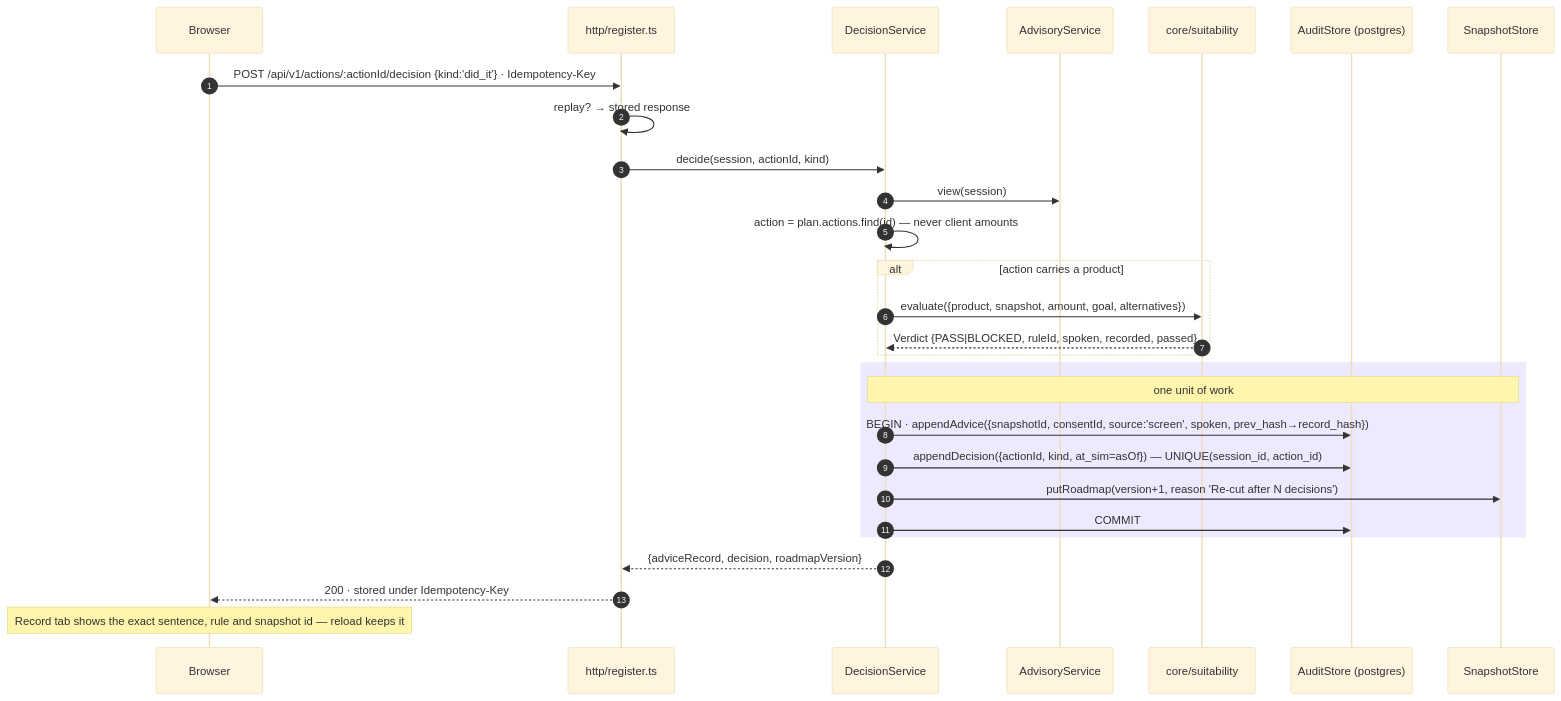
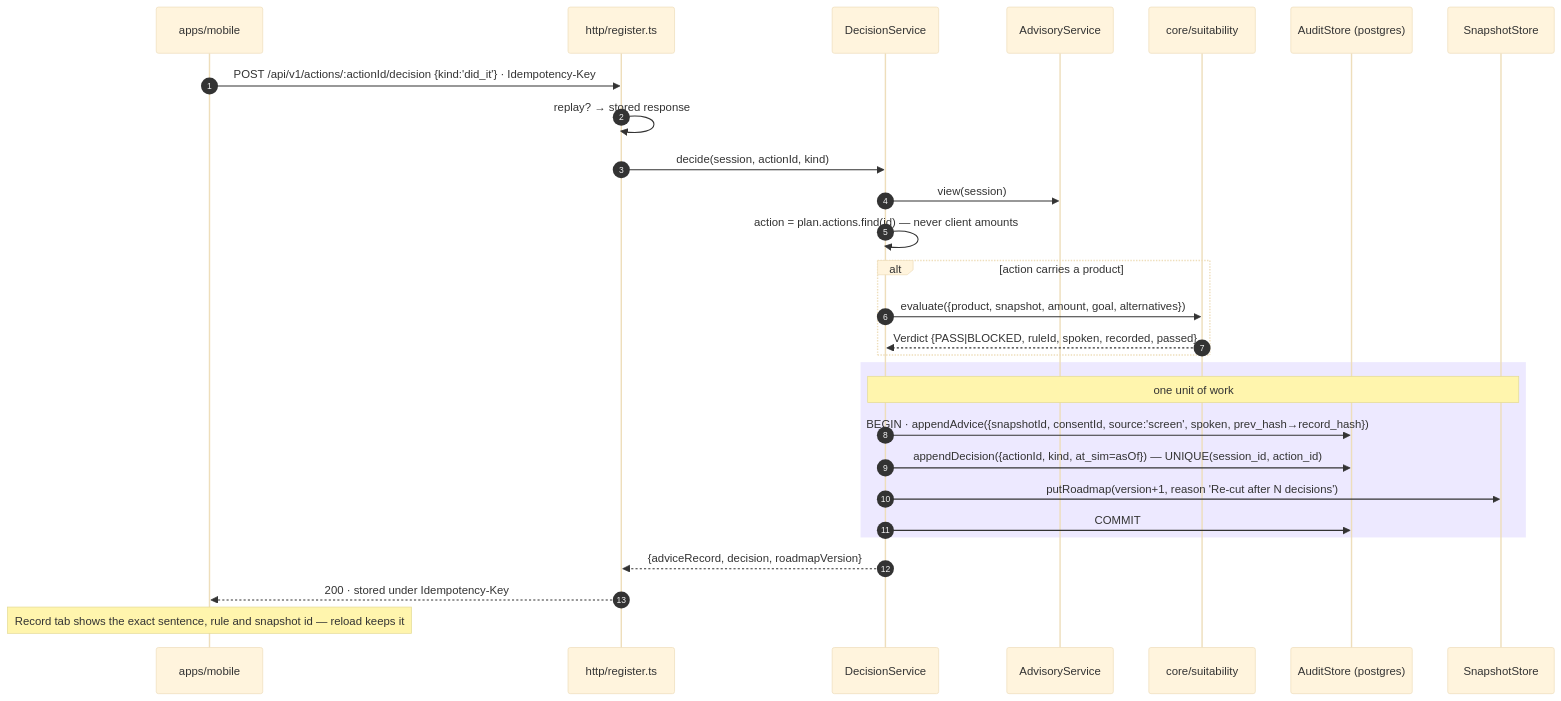
Before and after one commit to dhan-sarthi/dhan-sarthi: the third of 6 diagrams in docs/architecture/lifecycles.md, drawn with Mermaid (base theme). The commit also changed other lines of this file and 45 other files, not shown here.

````diff
--- a/docs/architecture/lifecycles.md
+++ b/docs/architecture/lifecycles.md
@@ -72,30 +88,30 @@
 ```mermaid
 sequenceDiagram
     autonumber
-    participant B as Browser
+    participant B as apps/mobile
     participant H as http/register.ts
     participant D as DecisionService
     participant A as AdvisoryService
     participant K as core/suitability
     participant AU as AuditStore (postgres)
     participant SS as SnapshotStore
     B->>H: POST /api/v1/actions/:actionId/decision {kind:'did_it'} · Idempotency-Key
     H->>H: replay? → stored response
     H->>D: decide(session, actionId, kind)
     D->>A: view(session)
     D->>D: action = plan.actions.find(id) — never client amounts
     alt action carries a product
         D->>K: evaluate({product, snapshot, amount, goal, alternatives})
         K-->>D: Verdict {PASS|BLOCKED, ruleId, spoken, recorded, passed}
     end
     rect rgba(111, 76, 255, 0.12)
         Note over D,SS: one unit of work
         D->>AU: BEGIN · appendAdvice({snapshotId, consentId, source:'screen', spoken, prev_hash→record_hash})
         D->>AU: appendDecision({actionId, kind, at_sim=asOf}) — UNIQUE(session_id, action_id)
         D->>SS: putRoadmap(version+1, reason 'Re-cut after N decisions')
         D->>AU: COMMIT
     end
     D-->>H: {adviceRecord, decision, roadmapVersion}
     H-->>B: 200 · stored under Idempotency-Key
     Note over B: Record tab shows the exact sentence, rule and snapshot id — reload keeps it
 ```
````
